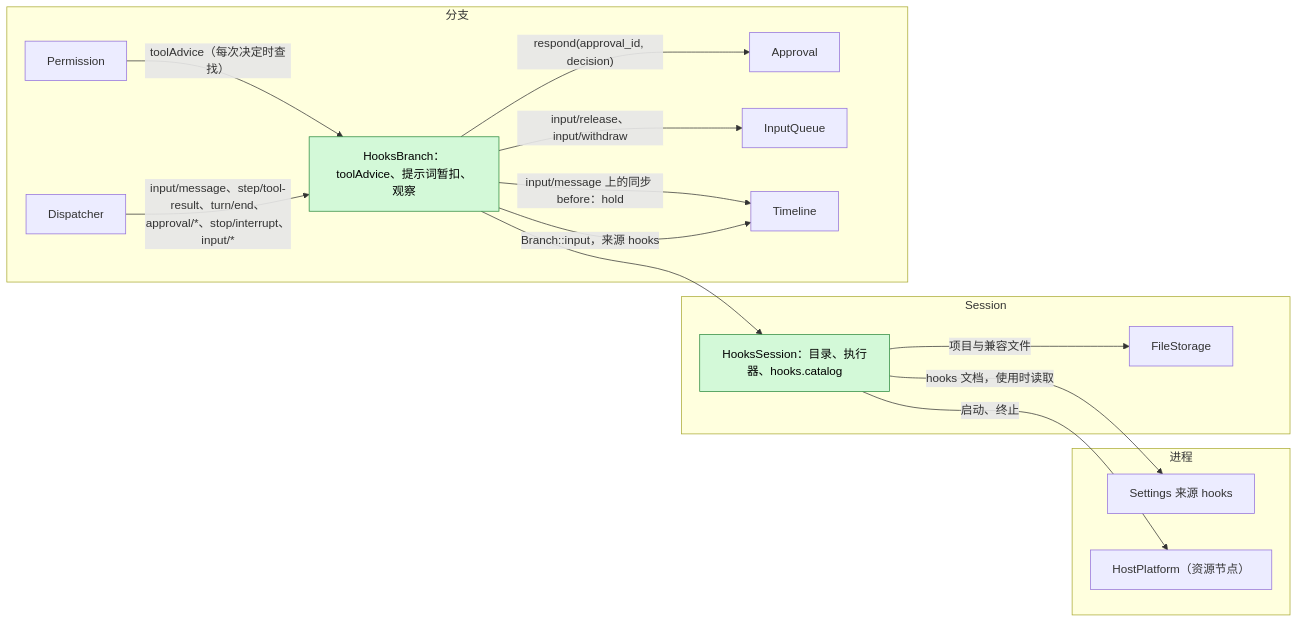
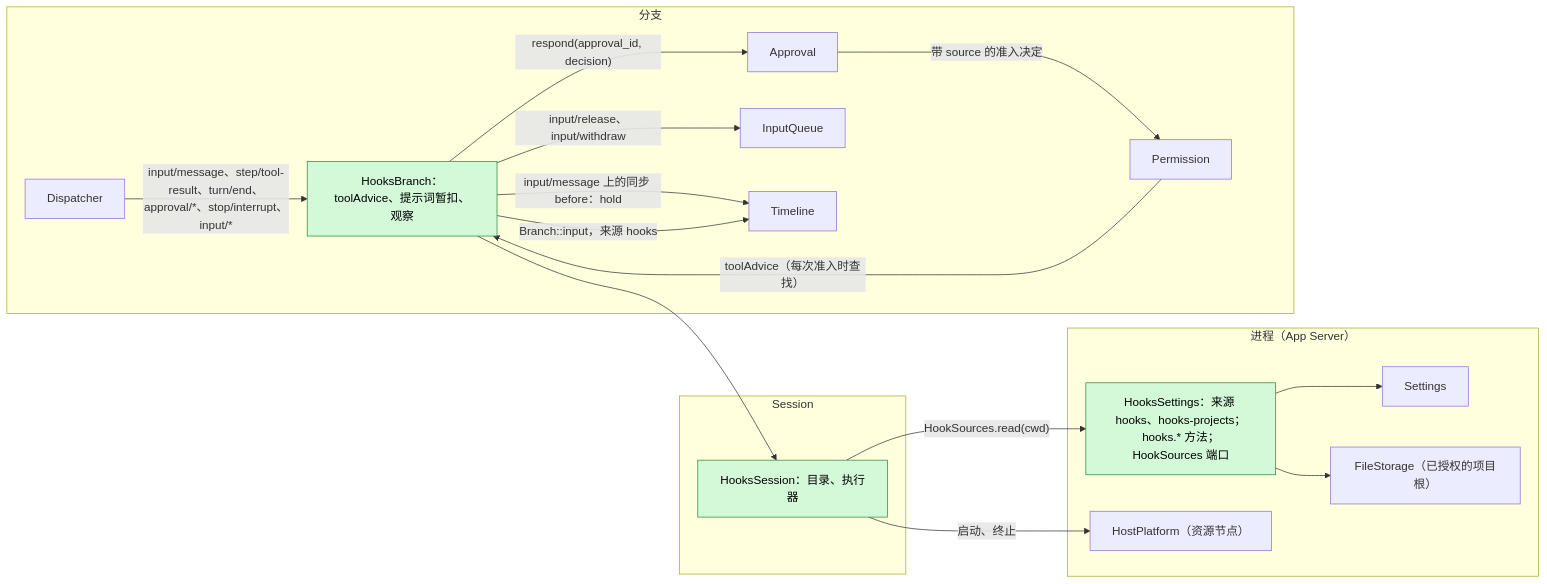
The first of 6 diagrams in docs/zh/design/plugins/Hooks.md (CoutinhoTTS/dim-agent), drawn with Mermaid before and after one commit. The commit also changed other lines of this file and 3 other files, not shown here.

First line of the commit message:
docs(hooks): check hook points against owners and bring Hooks to a Ready candidate

````diff
--- a/docs/zh/design/plugins/Hooks.md
+++ b/docs/zh/design/plugins/Hooks.md
@@ -21,30 +38,33 @@
 ```mermaid
 flowchart LR
-  subgraph PROC["进程"]
-    Settings["Settings 来源 hooks"]
+  subgraph PROC["进程（App Server）"]
+    HSet["HooksSettings：来源 hooks、hooks-projects；hooks.* 方法；HookSources 端口"]:::new
+    Settings["Settings"]
+    FS["FileStorage（已授权的项目根）"]
     HP["HostPlatform（资源节点）"]
   end
   subgraph SESS["Session"]
-    HS["HooksSession：目录、执行器、hooks.catalog"]:::new
-    FS["FileStorage"]
+    HS["HooksSession：目录、执行器"]:::new
   end
   subgraph BR["分支"]
     HB["HooksBranch：toolAdvice、提示词暂扣、观察"]:::new
+    AP["Approval"]
     PM["Permission"]
-    AP["Approval"]
     IQ["InputQueue"]
     TL["Timeline"]
     DP["Dispatcher"]
   end
-  HS -->|"hooks 文档，使用时读取"| Settings
-  HS -->|"项目与兼容文件"| FS
+  HSet --> Settings
+  HSet --> FS
+  HS -->|"HookSources.read(cwd)"| HSet
   HS -->|"启动、终止"| HP
   HB --> HS
-  PM -->|"toolAdvice（每次决定时查找）"| HB
+  AP -->|"带 source 的准入决定"| PM
+  PM -->|"toolAdvice（每次准入时查找）"| HB
   HB -->|"respond(approval_id, decision)"| AP
   HB -->|"input/release、input/withdraw"| IQ
   HB -->|"input/message 上的同步 before：hold"| TL
   HB -->|"Branch::input，来源 hooks"| TL
   DP -->|"input/message、step/tool-result、turn/end、approval/*、stop/interrupt、input/*"| HB
   classDef new fill:#d3f9d8,stroke:#2b8a3e,color:#000
 ```
````
